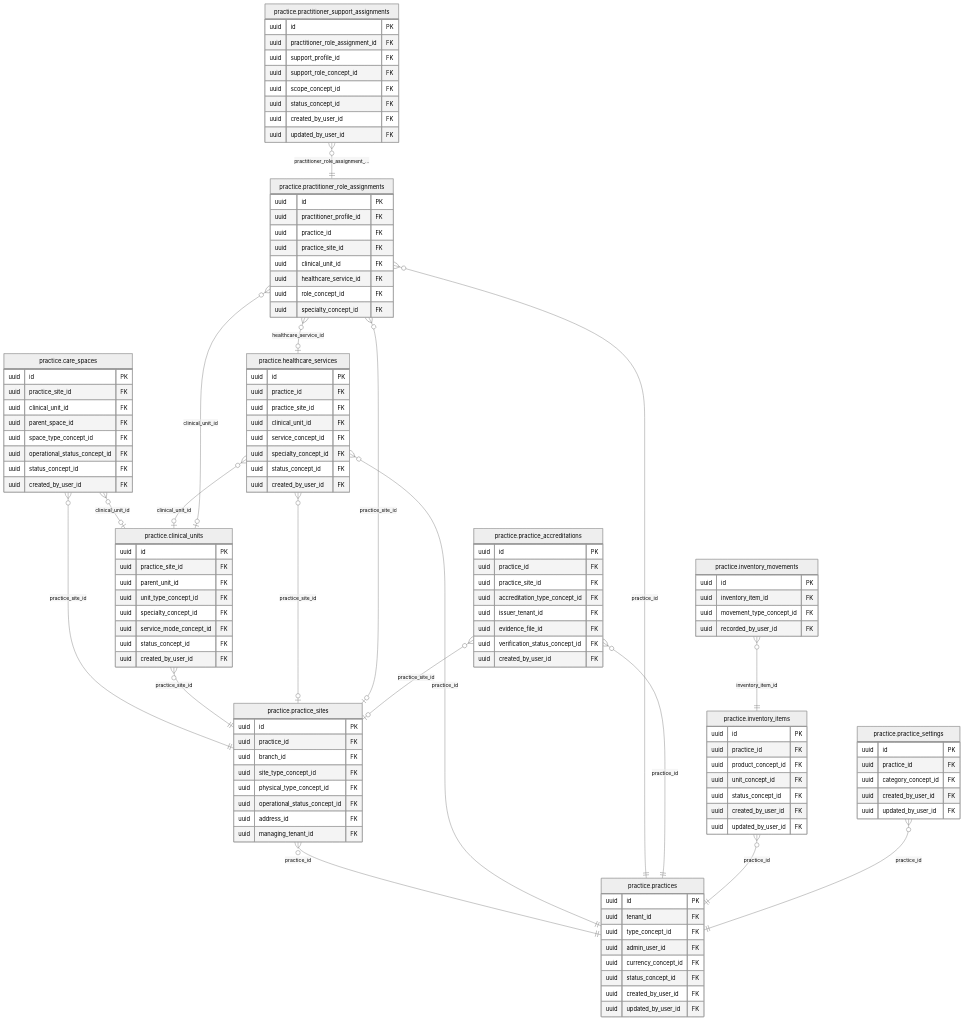
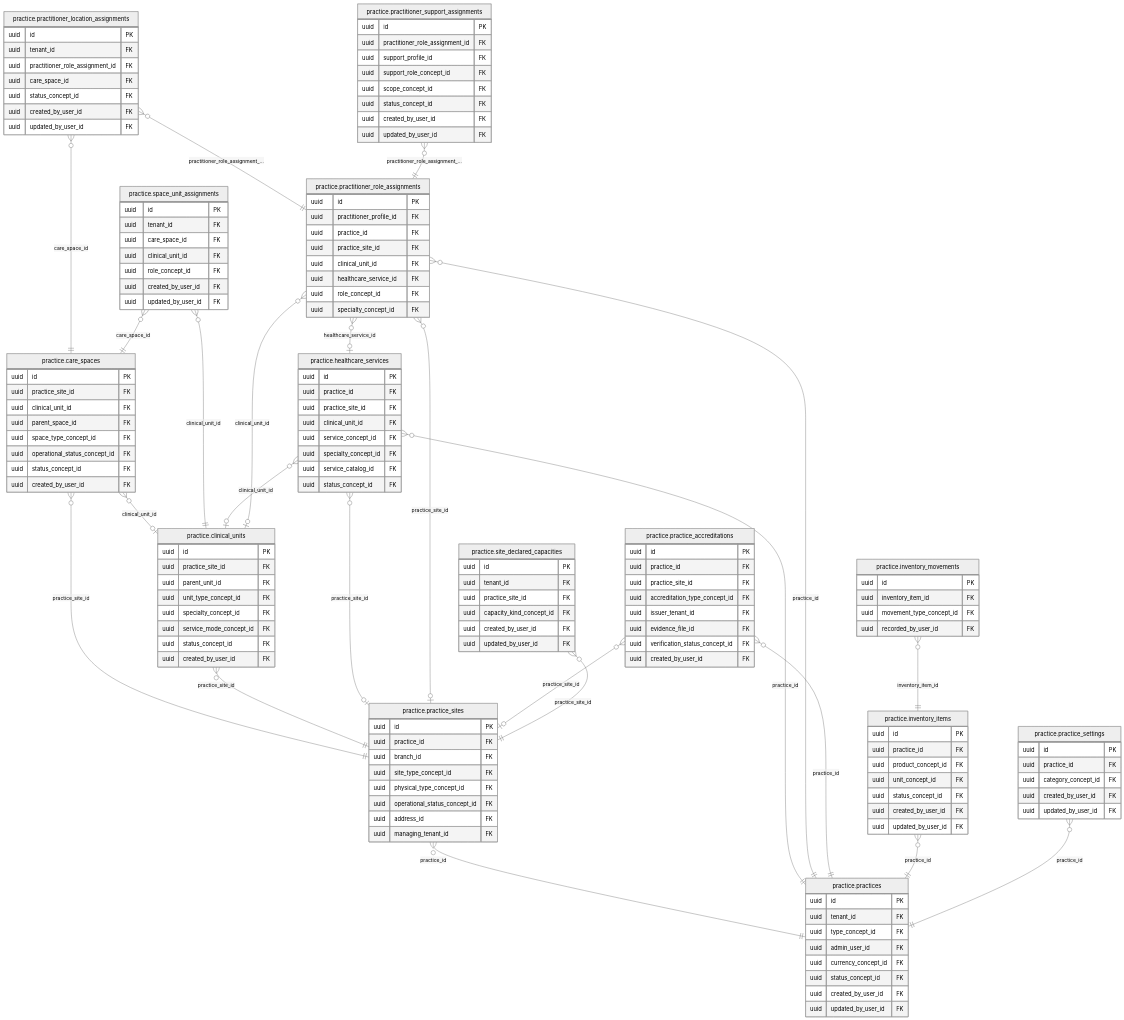
The diagram in docs/inventario/catalogo/practice.md (mdavila-2001/mantra-core-health-api), drawn with Mermaid (neutral theme) before and after one commit. The commit also changed other lines of this file and 522 other files, not shown here.

```diff
--- a/docs/inventario/catalogo/practice.md
+++ b/docs/inventario/catalogo/practice.md
@@ -60,6 +65,24 @@
     uuid address_id FK
     uuid managing_tenant_id FK
   }
+  practice_practitioner_location_assignments["practice.practitioner_location_assignments"] {
+    uuid id PK
+    uuid tenant_id FK
+    uuid practitioner_role_assignment_id FK
+    uuid care_space_id FK
+    uuid status_concept_id FK
+    uuid created_by_user_id FK
+    uuid updated_by_user_id FK
+  }
+  practice_space_unit_assignments["practice.space_unit_assignments"] {
+    uuid id PK
+    uuid tenant_id FK
+    uuid care_space_id FK
+    uuid clinical_unit_id FK
+    uuid role_concept_id FK
+    uuid created_by_user_id FK
+    uuid updated_by_user_id FK
+  }
   practice_healthcare_services["practice.healthcare_services"] {
     uuid id PK
     uuid practice_id FK
@@ -67,8 +90,8 @@
     uuid clinical_unit_id FK
     uuid service_concept_id FK
     uuid specialty_concept_id FK
+    uuid service_catalog_id FK
     uuid status_concept_id FK
-    uuid created_by_user_id FK
   }
   practice_practitioner_role_assignments["practice.practitioner_role_assignments"] {
     uuid id PK
@@ -97,6 +120,14 @@
     uuid admin_user_id FK
     uuid currency_concept_id FK
     uuid status_concept_id FK
+    uuid created_by_user_id FK
+    uuid updated_by_user_id FK
+  }
+  practice_site_declared_capacities["practice.site_declared_capacities"] {
+    uuid id PK
+    uuid tenant_id FK
+    uuid practice_site_id FK
+    uuid capacity_kind_concept_id FK
     uuid created_by_user_id FK
     uuid updated_by_user_id FK
   }
@@ -136,6 +167,10 @@
   practice_care_spaces }o--o| practice_clinical_units : "clinical_unit_id"
   practice_clinical_units }o--|| practice_practice_sites : "practice_site_id"
   practice_practice_sites }o--|| practice_practices : "practice_id"
+  practice_practitioner_location_assignments }o--|| practice_practitioner_role_assignments : "practitioner_role_assignment_…"
+  practice_practitioner_location_assignments }o--|| practice_care_spaces : "care_space_id"
+  practice_space_unit_assignments }o--|| practice_care_spaces : "care_space_id"
+  practice_space_unit_assignments }o--|| practice_clinical_units : "clinical_unit_id"
   practice_healthcare_services }o--|| practice_practices : "practice_id"
   practice_healthcare_services }o--o| practice_practice_sites : "practice_site_id"
   practice_healthcare_services }o--o| practice_clinical_units : "clinical_unit_id"
@@ -145,6 +180,7 @@
   practice_practitioner_role_assignments }o--o| practice_healthcare_services : "healthcare_service_id"
   practice_practice_accreditations }o--|| practice_practices : "practice_id"
   practice_practice_accreditations }o--o| practice_practice_sites : "practice_site_id"
+  practice_site_declared_capacities }o--|| practice_practice_sites : "practice_site_id"
   practice_practitioner_support_assignments }o--|| practice_practitioner_role_assignments : "practitioner_role_assignment_…"
   practice_inventory_items }o--|| practice_practices : "practice_id"
   practice_practice_settings }o--|| practice_practices : "practice_id"
```
